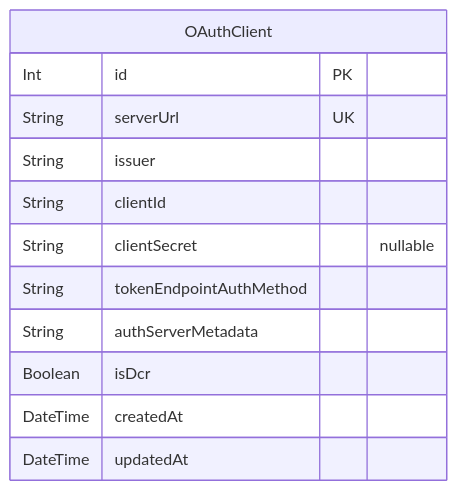
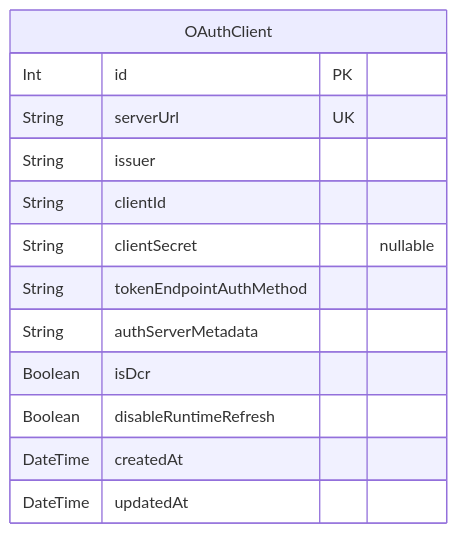
The third of 3 diagrams in apps/desktop/prisma/README.md (rayven122/tumiki), drawn with Mermaid before and after one commit. The commit also changed other lines of this file and 14 other files, not shown here.

````diff
--- a/apps/desktop/prisma/README.md
+++ b/apps/desktop/prisma/README.md
@@ -262,15 +262,16 @@
 ```mermaid
 erDiagram
 "OAuthClient" {
   Int id PK
   String serverUrl UK
   String issuer
   String clientId
   String clientSecret "nullable"
   String tokenEndpointAuthMethod
   String authServerMetadata
   Boolean isDcr
+  Boolean disableRuntimeRefresh
   DateTime createdAt
   DateTime updatedAt
 }
 ```
````
